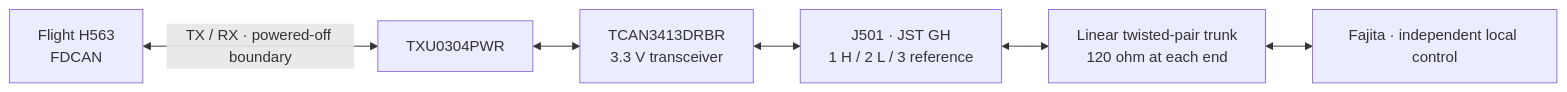
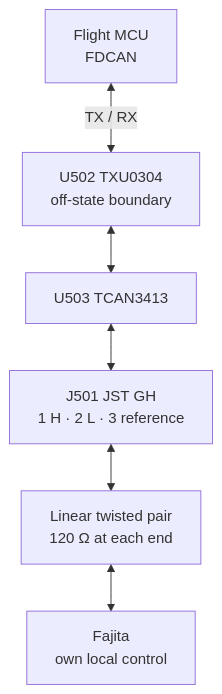
The third of 3 diagrams in docs/architecture/08-foinse-can.md (ULAS-HiPR/Ogma2), drawn with Mermaid before and after one commit. The commit also changed other lines of this file and 25 other files, not shown here.

````diff
--- a/docs/architecture/08-foinse-can.md
+++ b/docs/architecture/08-foinse-can.md
@@ -82,12 +107,13 @@
 ```mermaid
-flowchart LR
-  F["Flight H563
-FDCAN"] <-->|"TX / RX · powered-off boundary"| X["TXU0304PWR"]
-  X <--> T["TCAN3413DRBR
-3.3 V transceiver"]
-  T <--> J["J501 · JST GH
-1 H / 2 L / 3 reference"]
-  J <--> H["Linear twisted-pair trunk
-120 ohm at each end"]
-  H <--> P["Fajita · independent local control"]
+flowchart TB
+  F["Flight MCU
+FDCAN"] <-->|"TX / RX"| X["U502 TXU0304
+off-state boundary"]
+  X <--> T["U503 TCAN3413"]
+  T <--> J["J501 JST GH
+1 H · 2 L · 3 reference"]
+  J <--> H["Linear twisted pair
+120 Ω at each end"]
+  H <--> P["Fajita
+own local control"]
 ```
````
